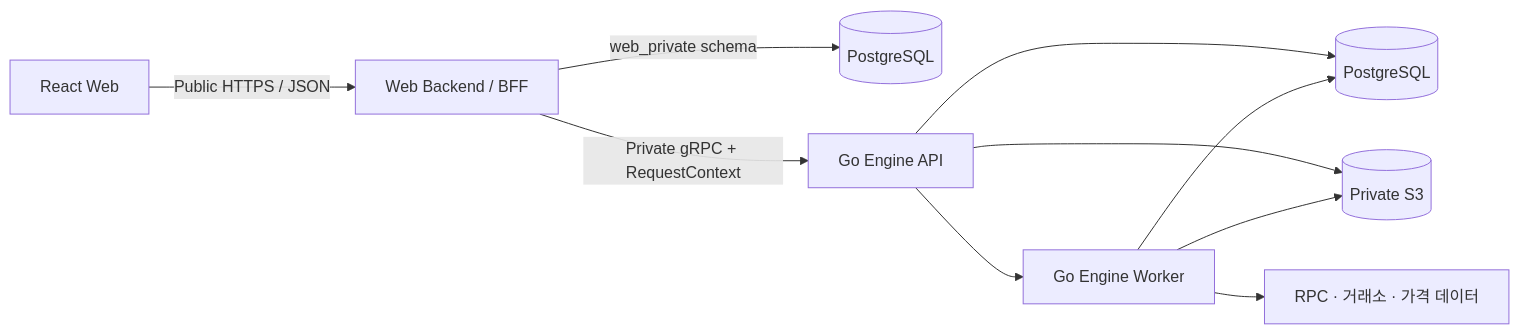
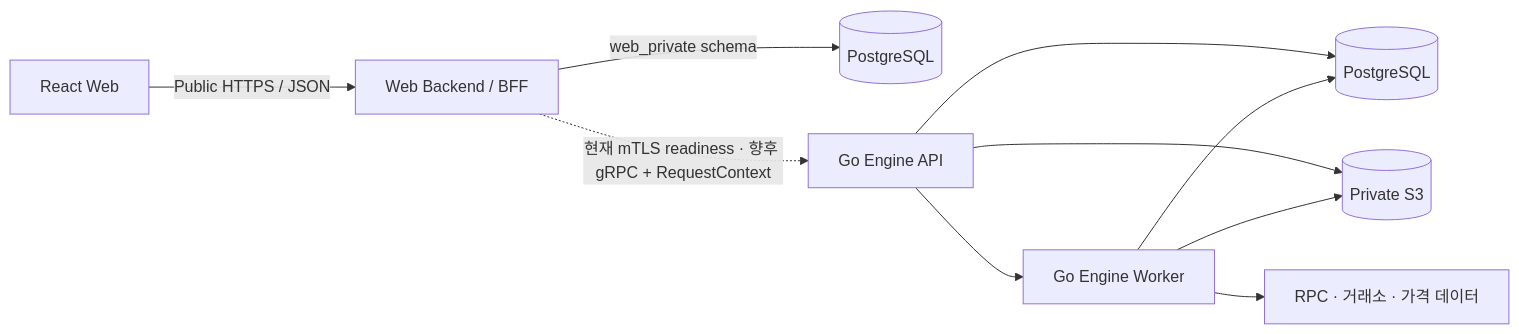
One commit to BackwardLabs/daejang changed the diagram in docs/00-web-app-technical-spec.md. Above: the diagram before and after it, drawn with Mermaid. The commit also changed other lines of this file and 17 other files, not shown here.

````diff
--- a/docs/00-web-app-technical-spec.md
+++ b/docs/00-web-app-technical-spec.md
@@ -47,12 +47,12 @@
 ```mermaid
 flowchart LR
   browser[React Web] -->|Public HTTPS / JSON| webApi[Web Backend / BFF]
   webApi -->|web_private schema| webDb[(PostgreSQL)]
-  webApi -->|Private gRPC + RequestContext| engineApi[Go Engine API]
+  webApi -.->|현재 mTLS readiness · 향후 gRPC + RequestContext| engineApi[Go Engine API]
   engineApi --> worker[Go Engine Worker]
   engineApi --> postgres[(PostgreSQL)]
   engineApi --> storage[(Private S3)]
   worker --> postgres
   worker --> storage
   worker --> external[RPC · 거래소 · 가격 데이터]
 ```
````
